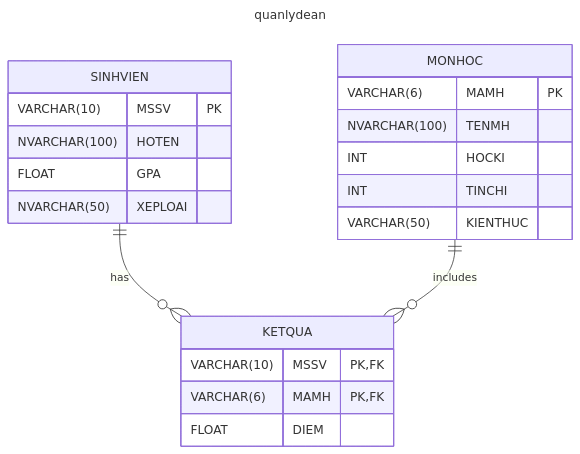
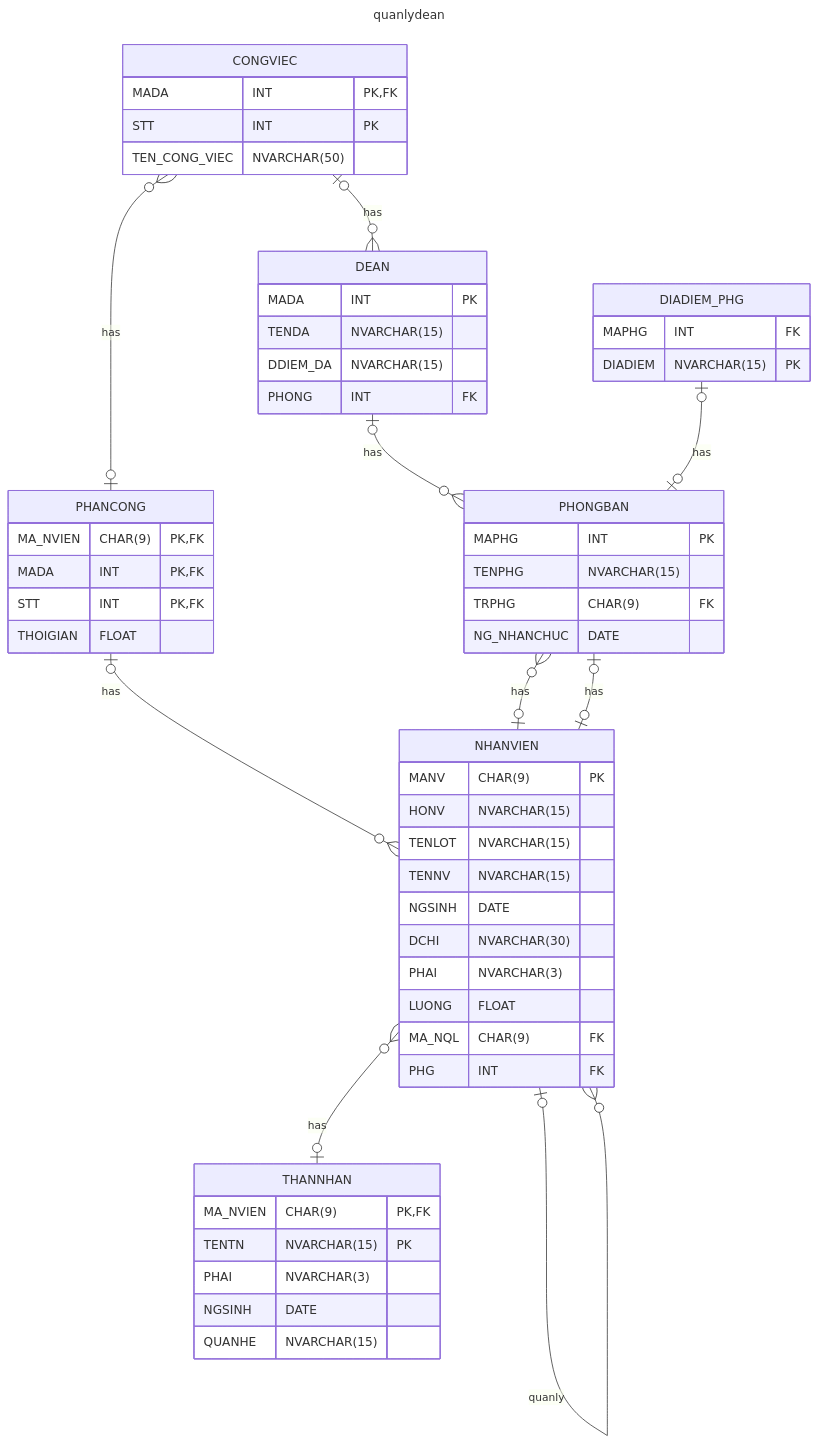
Before and after one commit to Bancie/LearningDB: the diagram in quanlydean/README.md, drawn with Mermaid. The commit also changed 2 other files, not shown here.

````diff
--- a/quanlydean/README.md
+++ b/quanlydean/README.md
@@ -2,29 +2,69 @@
 ```mermaid
 ---
 title: quanlydean
 ---
 erDiagram
-    MONHOC {
-        VARCHAR(6) MAMH PK
-        NVARCHAR(100) TENMH
-        INT HOCKI
-        INT TINCHI
-        VARCHAR(50) KIENTHUC
-    }
 
-    SINHVIEN {
-        VARCHAR(10) MSSV PK
-        NVARCHAR(100) HOTEN
-        FLOAT GPA
-        NVARCHAR(50) XEPLOAI
-    }
+CONGVIEC {
+    MADA INT PK, FK
+    STT INT PK
+    TEN_CONG_VIEC NVARCHAR(50)
+}
 
-    KETQUA {
-        VARCHAR(10) MSSV PK, FK
-        VARCHAR(6) MAMH PK, FK
-        FLOAT DIEM
-    }
+PHANCONG {
+    MA_NVIEN CHAR(9) PK, FK
+    MADA INT PK, FK
+    STT INT PK, FK
+    THOIGIAN FLOAT
+}
 
-    SINHVIEN ||--o{ KETQUA : has
-    MONHOC   ||--o{ KETQUA : includes
+DEAN {
+    MADA INT PK
+    TENDA NVARCHAR(15)
+    DDIEM_DA NVARCHAR(15)
+    PHONG INT FK
+}
+
+PHONGBAN {
+    MAPHG INT PK
+    TENPHG NVARCHAR(15)
+    TRPHG CHAR(9) FK
+    NG_NHANCHUC DATE
+}
+
+NHANVIEN {
+    MANV CHAR(9) PK
+    HONV NVARCHAR(15)
+    TENLOT NVARCHAR(15)
+    TENNV NVARCHAR(15)
+    NGSINH DATE
+    DCHI NVARCHAR(30)
+    PHAI NVARCHAR(3)
+    LUONG FLOAT
+    MA_NQL CHAR(9) FK
+    PHG INT FK
+}
+
+DIADIEM_PHG {
+    MAPHG INT FK
+    DIADIEM NVARCHAR(15) PK
+}
+
+THANNHAN {
+    MA_NVIEN CHAR(9) PK, FK
+    TENTN NVARCHAR(15) PK
+    PHAI NVARCHAR(3)
+    NGSINH DATE
+    QUANHE NVARCHAR(15)
+}
+
+CONGVIEC o|--}o DEAN : has
+CONGVIEC }o--o| PHANCONG : has
+PHANCONG |o--}o NHANVIEN : has
+DEAN o|--}o PHONGBAN : has
+PHONGBAN }o--|o NHANVIEN : has
+PHONGBAN |o--|o NHANVIEN : has
+DIADIEM_PHG |o--|o PHONGBAN : has
+NHANVIEN }o--|o THANNHAN : has
+NHANVIEN |o--}o NHANVIEN : quanly
 ```
````
